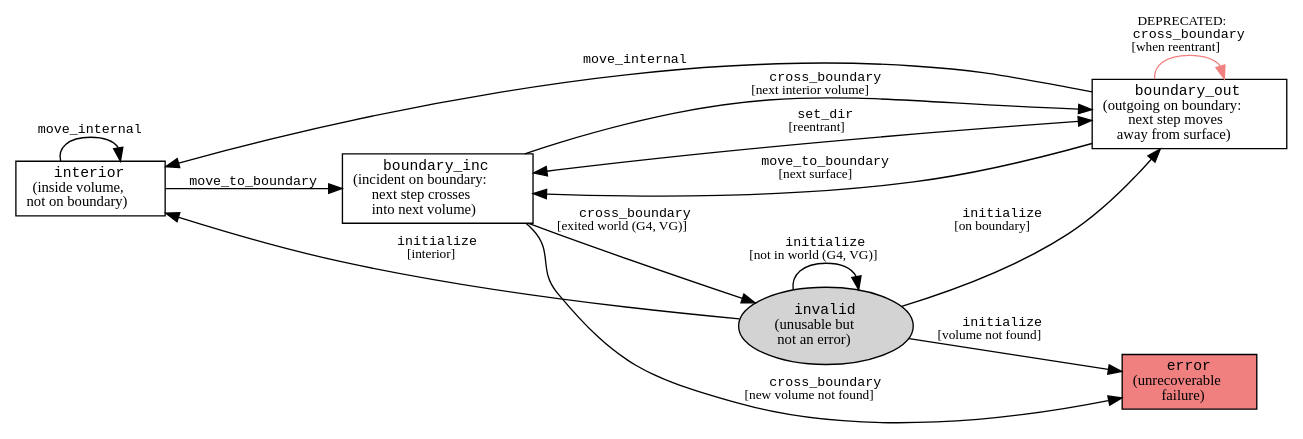
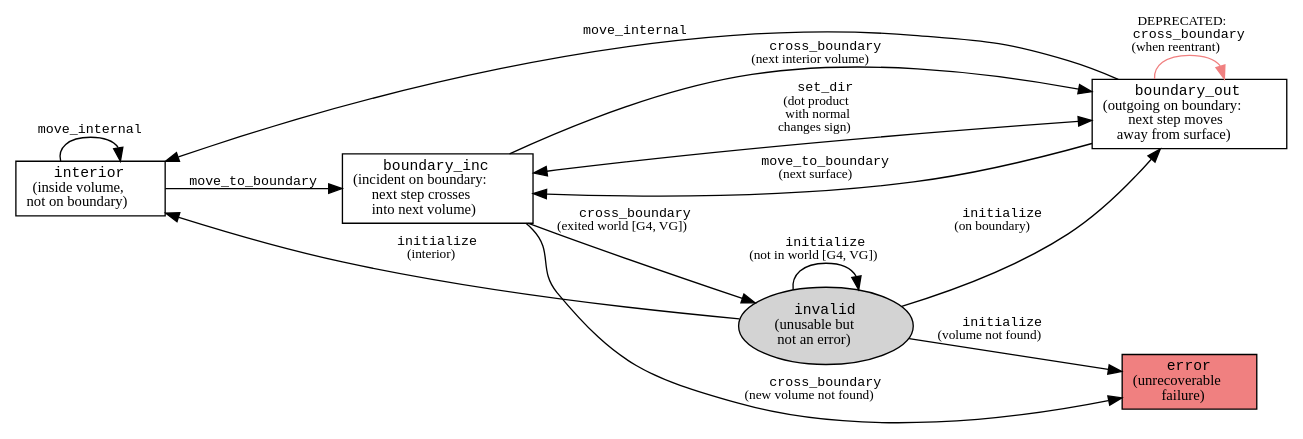
Before and after one commit to celeritas-project/celeritas: the diagram in doc/_input/geo-status.dot, drawn with Graphviz.

Commit message:
Final yak polishing

```diff
--- a/doc/_input/geo-status.dot
+++ b/doc/_input/geo-status.dot
@@ -1,34 +1,34 @@
 digraph GeoStatus {
   graph [rankdir=LR];
   node [fontsize=11 shape=box];
   edge [fontsize=10];
 
   // States
   "interior"            [label=<<FONT FACE="Monospace">interior</FONT><BR/>(inside volume,<BR/>not on boundary)>];
   "boundary_out"    [label=<<FONT FACE="Monospace">boundary_out</FONT><BR/>(outgoing on boundary:<BR/>next step moves<BR/>away from surface)>];
   "boundary_inc"   [label=<<FONT FACE="Monospace">boundary_inc</FONT><BR/>(incident on boundary:<BR/>next step crosses<BR/>into next volume)>];
   "error"               [label=<<FONT FACE="Monospace">error</FONT><BR/>(unrecoverable<BR/>failure)>, style=filled, fillcolor=lightcoral];
   "invalid"             [label=<<FONT FACE="Monospace">invalid</FONT><BR/>(unusable but<BR/>not an error)>, style=filled, shape=oval];
 
   // From invalid: operator= places track in geometry
-  "invalid" -> "interior"  [label=<<FONT FACE="Monospace">initialize</FONT><BR/>[interior]>];
-  "invalid" -> "boundary_out"  [label=<<FONT FACE="Monospace">initialize</FONT><BR/>[on boundary]>];
-  "invalid" -> "error"             [label=<<FONT FACE="Monospace">initialize</FONT><BR/>[volume not found]>];
-  "invalid" -> "invalid"           [label=<<FONT FACE="Monospace">initialize</FONT><BR/>[not in world (G4, VG)]>];
+  "invalid" -> "interior"  [label=<<FONT FACE="Monospace">initialize</FONT><BR/>(interior)>];
+  "invalid" -> "boundary_out"  [label=<<FONT FACE="Monospace">initialize</FONT><BR/>(on boundary)>];
+  "invalid" -> "error"             [label=<<FONT FACE="Monospace">initialize</FONT><BR/>(volume not found)>];
+  "invalid" -> "invalid"           [label=<<FONT FACE="Monospace">initialize</FONT><BR/>(not in world [G4, VG])>];
 
   // From interior: propagation
   "interior" -> "boundary_inc"  [label=<<FONT FACE="Monospace">move_to_boundary</FONT>>];
   "interior" -> "interior"           [label=<<FONT FACE="Monospace">move_internal</FONT>>];
 
   // From boundary_out: normal tracking
   "boundary_out" -> "interior"           [label=<<FONT FACE="Monospace">move_internal</FONT>>];
-  "boundary_out" -> "boundary_inc"  [label=<<FONT FACE="Monospace">set_dir</FONT><BR/>[reentrant]>, dir="both"];
-  "boundary_out" -> "boundary_inc"  [label=<<FONT FACE="Monospace">move_to_boundary</FONT><BR/>[next surface]>];
+  "boundary_out" -> "boundary_inc"  [label=<<FONT FACE="Monospace">set_dir</FONT><BR/>(dot product<BR/>with normal<BR/>changes sign)>, dir="both"];
+  "boundary_out" -> "boundary_inc"  [label=<<FONT FACE="Monospace">move_to_boundary</FONT><BR/>(next surface)>];
   // DEPRECATED: should be handled by skipping geo crossing
-  "boundary_out" -> "boundary_out"   [label=<DEPRECATED:<BR/><FONT FACE="Monospace">cross_boundary</FONT><BR/>[when reentrant]>, color=lightcoral];
+  "boundary_out" -> "boundary_out"   [label=<DEPRECATED:<BR/><FONT FACE="Monospace">cross_boundary</FONT><BR/>(when reentrant)>, color=lightcoral];
 
   // Crossing the surface
-  "boundary_inc" -> "boundary_out"  [label=<<FONT FACE="Monospace">cross_boundary</FONT><BR/>[next interior volume]>];
-  "boundary_inc" -> "error"             [label=<<FONT FACE="Monospace">cross_boundary</FONT><BR/>[new volume not found]>];
-  "boundary_inc" -> "invalid"           [label=<<FONT FACE="Monospace">cross_boundary</FONT><BR/>[exited world (G4, VG)]>];
+  "boundary_inc" -> "boundary_out"  [label=<<FONT FACE="Monospace">cross_boundary</FONT><BR/>(next interior volume)>];
+  "boundary_inc" -> "error"             [label=<<FONT FACE="Monospace">cross_boundary</FONT><BR/>(new volume not found)>];
+  "boundary_inc" -> "invalid"           [label=<<FONT FACE="Monospace">cross_boundary</FONT><BR/>(exited world [G4, VG])>];
 }
```
